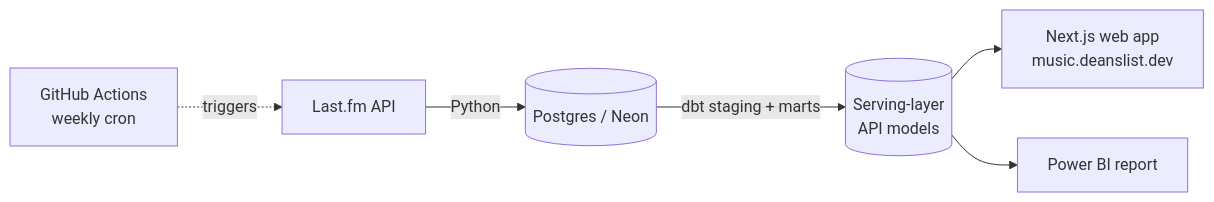
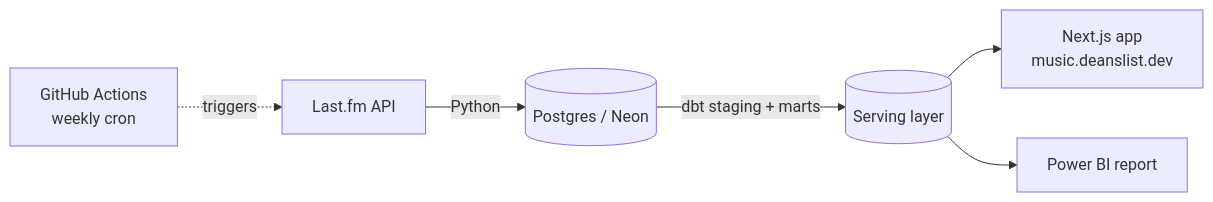
Before and after one commit to DeanKuhn/music-growth-pipeline: the diagram in README.md, drawn with Mermaid. The commit also changed other lines of this file, not shown here.

````diff
--- a/README.md
+++ b/README.md
@@ -25,8 +27,8 @@
 ```mermaid
 flowchart LR
     A[Last.fm API] -->|Python| B[(Postgres / Neon)]
-    B -->|dbt staging + marts| C[(Serving-layer<br/>API models)]
-    C --> D[Next.js web app<br/>music.deanslist.dev]
+    B -->|dbt staging + marts| C[(Serving layer)]
+    C --> D[Next.js app<br/>music.deanslist.dev]
     C --> E[Power BI report]
     F[GitHub Actions<br/>weekly cron] -.triggers.-> A
 ```
````
